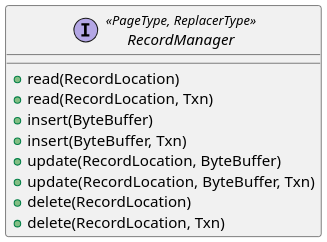
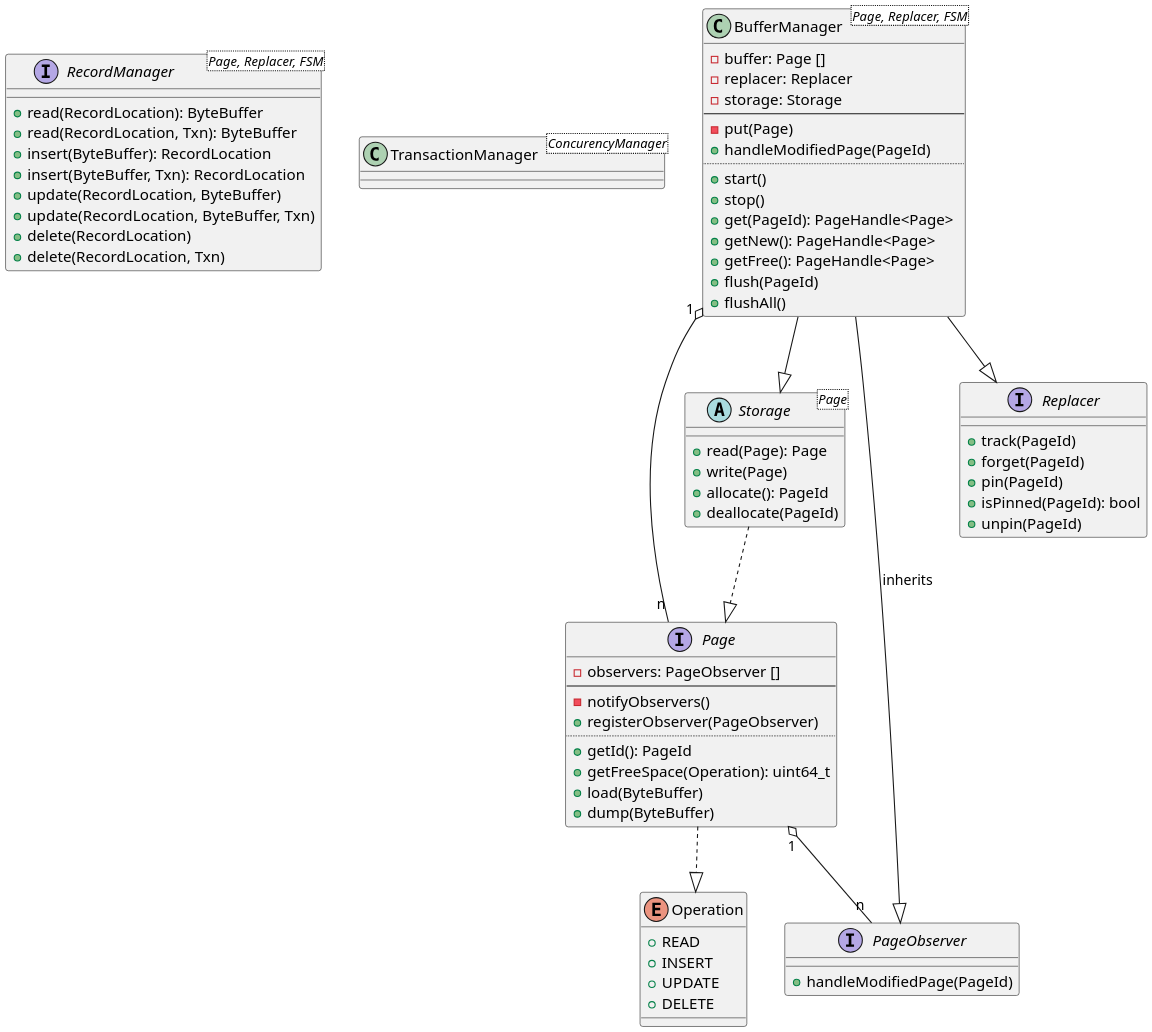
The diagram in docs/diagrams/src/persist.puml (ketgo/persist), drawn with PlantUML before and after one commit. The commit also changed 1 other file, not shown here.

Commit message:
updated UML diagram

```diff
--- a/docs/diagrams/src/persist.puml
+++ b/docs/diagrams/src/persist.puml
@@ -1,15 +1,85 @@
 @startuml
 scale 2
 
-interface RecordManager<<PageType, ReplacerType>> {
-    + read(RecordLocation)
-    + read(RecordLocation, Txn)
-    + insert(ByteBuffer)
-    + insert(ByteBuffer, Txn)
+
+interface RecordManager <Page, Replacer, FSM> {
+    + read(RecordLocation): ByteBuffer
+    + read(RecordLocation, Txn): ByteBuffer
+    + insert(ByteBuffer): RecordLocation
+    + insert(ByteBuffer, Txn): RecordLocation
     + update(RecordLocation, ByteBuffer)
     + update(RecordLocation, ByteBuffer, Txn)
     + delete(RecordLocation)
     + delete(RecordLocation, Txn)
 }
 
+class TransactionManager <ConcurencyManager> {
+}
+
+
+enum Operation {
+    + READ
+    + INSERT
+    + UPDATE
+    + DELETE
+}
+
+interface Page {
+    - observers: PageObserver []
+    ---
+    - notifyObservers()
+    + registerObserver(PageObserver)
+    ..
+    + getId(): PageId
+    + getFreeSpace(Operation): uint64_t
+    + load(ByteBuffer)
+    + dump(ByteBuffer)
+}
+
+interface PageObserver {
+    + handleModifiedPage(PageId)
+}
+
+abstract class Storage <Page> {
+    + read(Page): Page
+    + write(Page)
+    + allocate(): PageId
+    + deallocate(PageId)
+}
+
+interface Replacer {
+    + track(PageId)
+    + forget(PageId)
+    + pin(PageId)
+    + isPinned(PageId): bool
+    + unpin(PageId)
+}
+
+class BufferManager <Page, Replacer, FSM> {
+    - buffer: Page []
+    - replacer: Replacer
+    - storage: Storage
+    ---
+    - put(Page)
+    + handleModifiedPage(PageId)
+    ..
+    + start()
+    + stop()
+    + get(PageId): PageHandle<Page>
+    + getNew(): PageHandle<Page>
+    + getFree(): PageHandle<Page>
+    + flush(PageId)
+    + flushAll()
+}
+
+Page ..|> Operation
+Page "1" o-- "n" PageObserver
+
+Storage ..|> Page
+
+BufferManager --|> PageObserver : inherits
+BufferManager "1" o-- "n" Page
+BufferManager --|> Replacer
+BufferManager --|> Storage
+
 @enduml
```
